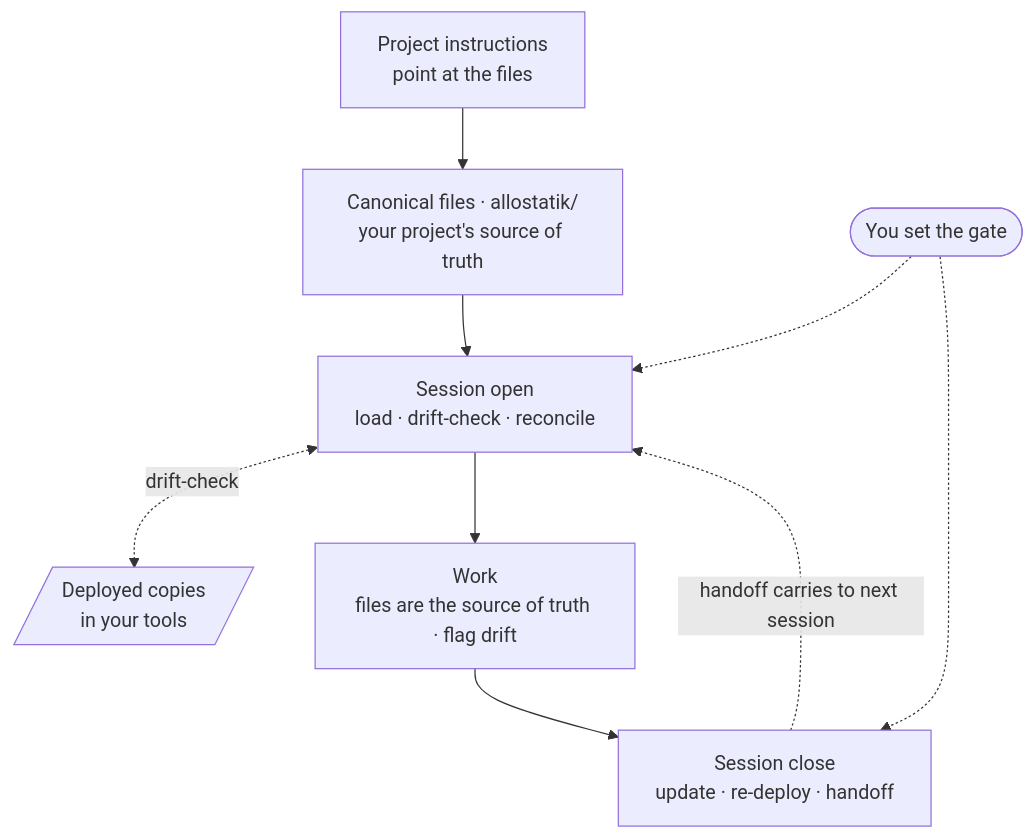
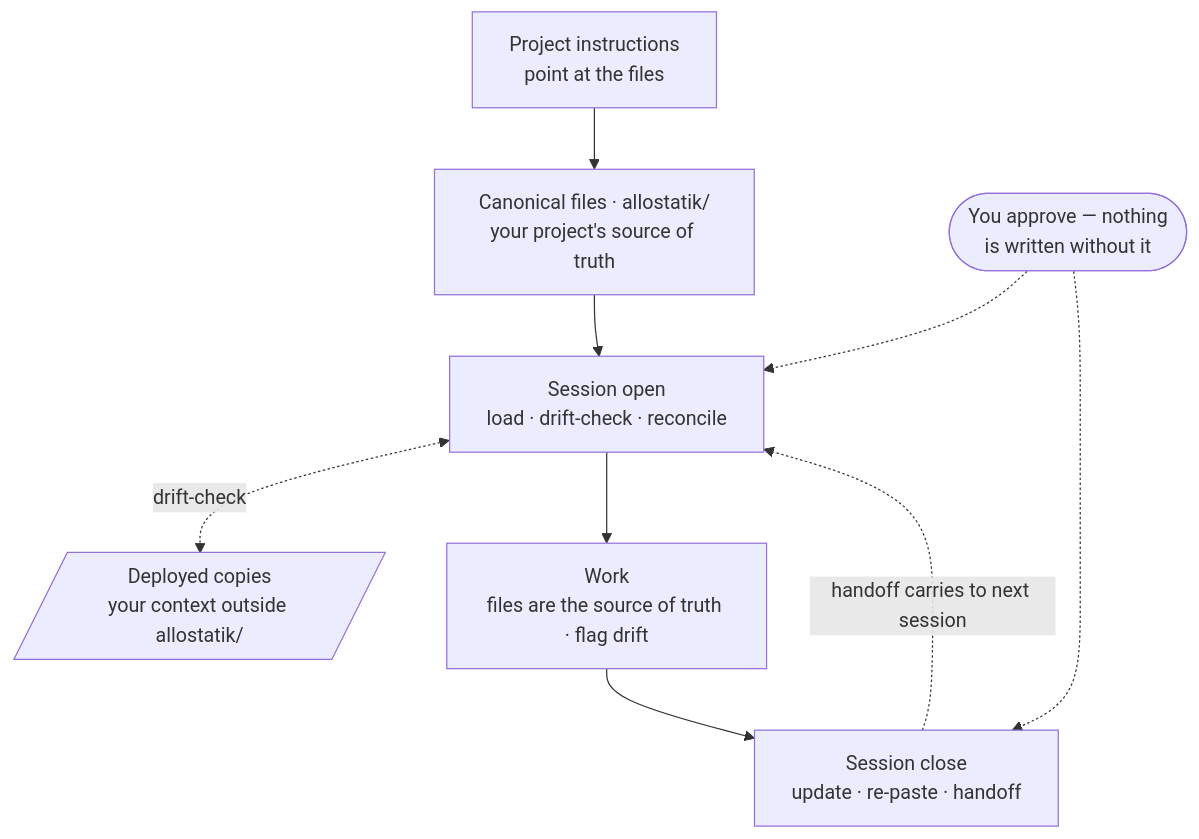
Before and after one commit to allostatik/allostatik: the diagram in README.md, drawn with Mermaid. The commit also changed other lines of this file and 1 other file, not shown here.

````diff
--- a/README.md
+++ b/README.md
@@ -84,19 +91,19 @@
 ```mermaid
 flowchart TD
     PROJ["Project instructions<br/>point at the files"]
     CF["Canonical files · allostatik/<br/>your project's source of truth"]
     OPEN["Session open<br/>load · drift-check · reconcile"]
     WORK["Work<br/>files are the source of truth · flag drift"]
-    CLOSE["Session close<br/>update · re-deploy · handoff"]
-    DEP[/"Deployed copies<br/>in your tools"/]
-    GATE(["You set the gate"])
+    CLOSE["Session close<br/>update · re-paste · handoff"]
+    DEP[/"Deployed copies<br/>your context outside allostatik/"/]
+    GATE(["You approve — nothing<br/>is written without it"])
 
     PROJ --> CF
     CF --> OPEN
     OPEN <-. drift-check .-> DEP
     OPEN --> WORK
     WORK --> CLOSE
     CLOSE -. handoff carries to next session .-> OPEN
     GATE -.-> OPEN
     GATE -.-> CLOSE
 ```
````
